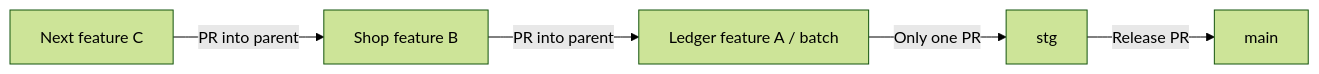
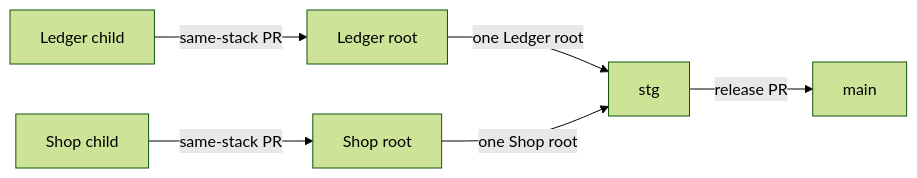
One commit to Building-Suit/building-suit-monorepo changed the diagram in docs/shared/git-workflow.md. Above: the diagram before and after it, drawn with Mermaid (forest theme). The commit also changed other lines of this file and 12 other files, not shown here.

````diff
--- a/docs/shared/git-workflow.md
+++ b/docs/shared/git-workflow.md
@@ -38,7 +40,8 @@
 ```mermaid
 flowchart LR
-  C["Next feature C"] -->|"PR into parent"| B["Shop feature B"]
-  B -->|"PR into parent"| A["Ledger feature A / batch"]
-  A -->|"Only one PR"| S["stg"]
-  S -->|"Release PR"| M["main"]
+  LC["Ledger child"] -->|"same-stack PR"| LR["Ledger root"]
+  SC["Shop child"] -->|"same-stack PR"| SR["Shop root"]
+  LR -->|"one Ledger root"| S["stg"]
+  SR -->|"one Shop root"| S
+  S -->|"release PR"| M["main"]
 ```
````
